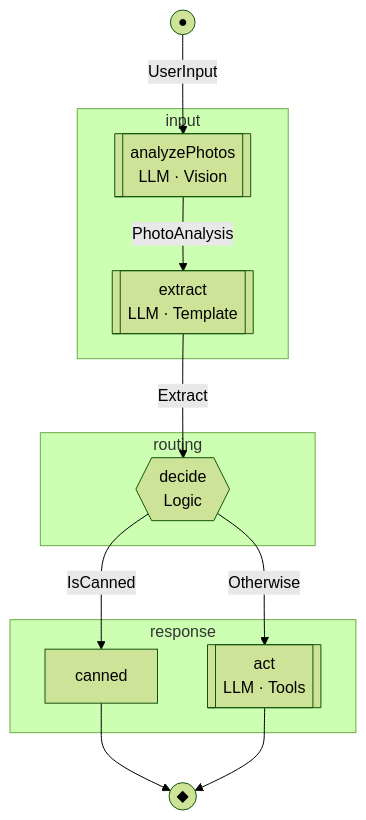
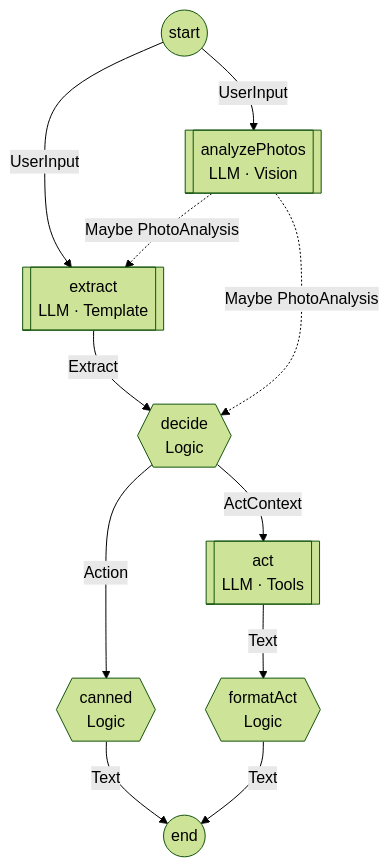
The diagram in docs/type_dsl.md (tidepool-heavy-industries/exomonad), drawn with Mermaid (forest theme) before and after one commit. The commit also changed other lines of this file and 6 other files, not shown here.

````diff
--- a/docs/type_dsl.md
+++ b/docs/type_dsl.md
@@ -233,24 +410,24 @@
 ```mermaid
 flowchart TD
-    subgraph input
-        analyzePhotos[["analyzePhotos<br/>LLM · Vision"]]
-        extract[["extract<br/>LLM · Template"]]
-    end
+    entry((start))
 
-    subgraph routing
-        decide{{"decide<br/>Logic"}}
-    end
+    analyzePhotos[["analyzePhotos<br/>LLM · Vision"]]
+    extract[["extract<br/>LLM · Template"]]
+    decide{{"decide<br/>Logic"}}
+    canned{{"canned<br/>Logic"}}
+    act[["act<br/>LLM · Tools"]]
+    formatAct{{"formatAct<br/>Logic"}}
 
-    subgraph response
-        canned["canned"]
-        act[["act<br/>LLM · Tools"]]
-    end
+    exit((end))
 
-    entry((●)) -->|UserInput| analyzePhotos
-    analyzePhotos -->|PhotoAnalysis| extract
+    entry -->|UserInput| analyzePhotos
+    entry -->|UserInput| extract
+    analyzePhotos -.->|"Maybe PhotoAnalysis"| extract
     extract -->|Extract| decide
-    decide -->|IsCanned| canned
-    decide -->|Otherwise| act
-    canned --> exit((◆))
-    act --> exit
+    analyzePhotos -.->|"Maybe PhotoAnalysis"| decide
+    decide -->|Action| canned
+    decide -->|ActContext| act
+    canned -->|Text| exit
+    act -->|Text| formatAct
+    formatAct -->|Text| exit
 ```
````
